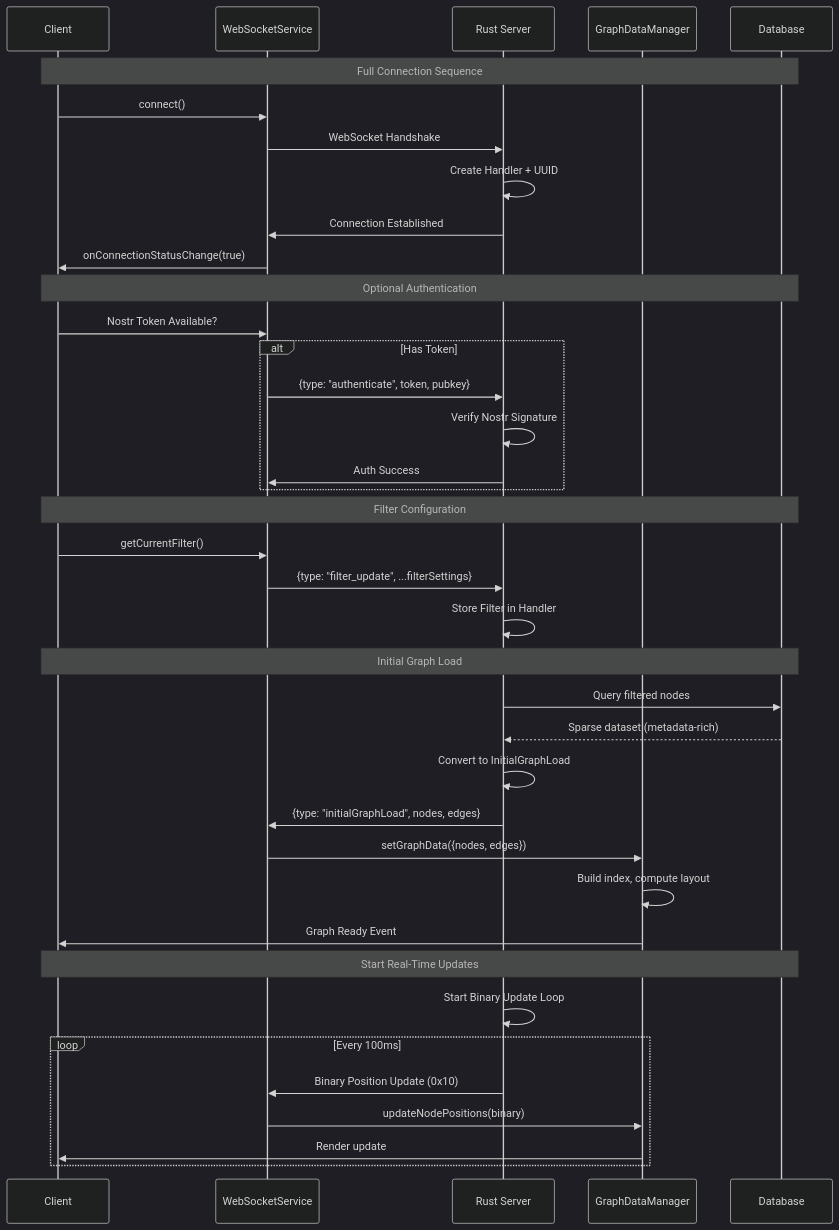
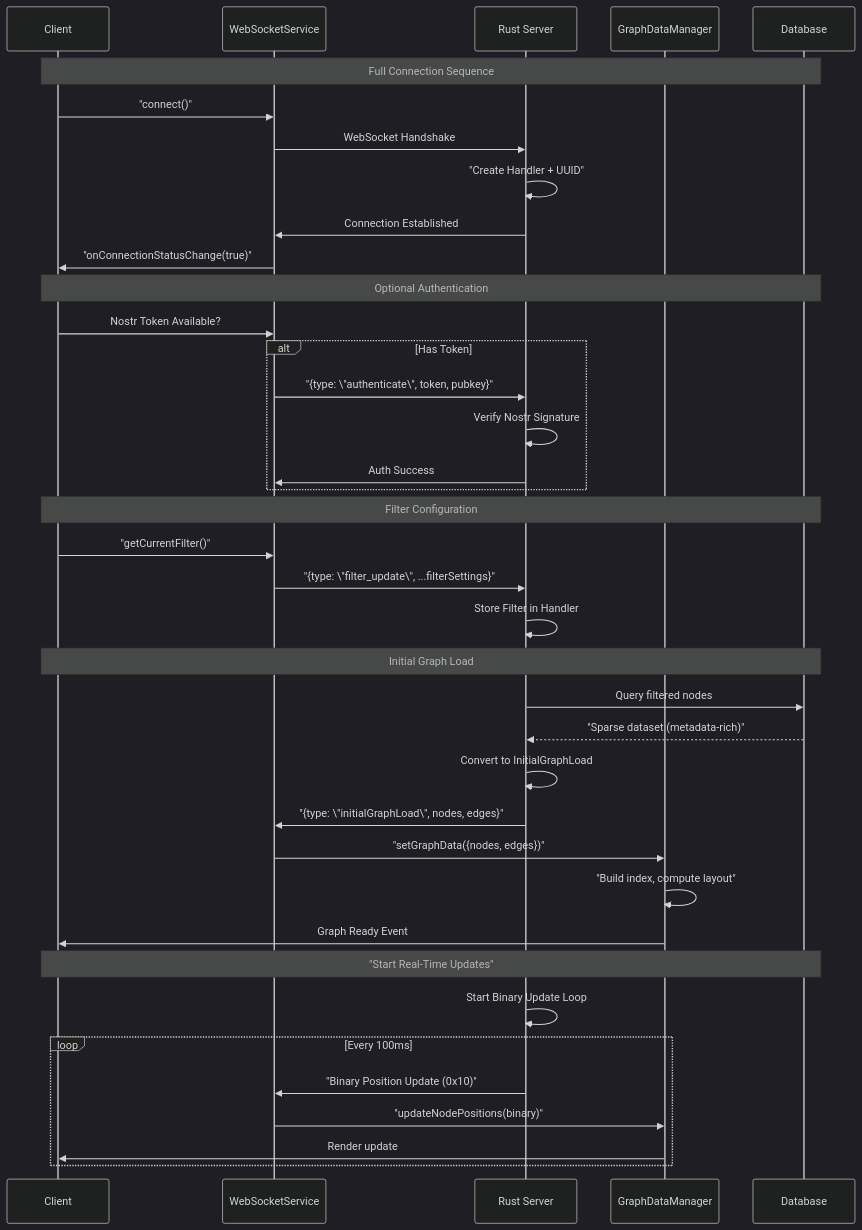
Diagram 12 of 19 in docs/diagrams/infrastructure/websocket/binary-protocol-complete.md (DreamLab-AI/VisionFlow), drawn with Mermaid (dark theme) before and after one commit. The commit also changed other lines of this file and 39 other files, not shown here.

````diff
--- a/docs/diagrams/infrastructure/websocket/binary-protocol-complete.md
+++ b/docs/diagrams/infrastructure/websocket/binary-protocol-complete.md
@@ -900,46 +900,46 @@
 ```mermaid
 sequenceDiagram
     participant C as Client
     participant WS as WebSocketService
     participant S as Rust Server
     participant G as GraphDataManager
     participant DB as Database
 
     Note over C,DB: Full Connection Sequence
 
-    C->>WS: connect()
+    C->>WS: "connect()"
     WS->>S: WebSocket Handshake
-    S->>S: Create Handler + UUID
+    S->>S: "Create Handler + UUID"
     S->>WS: Connection Established
-    WS->>C: onConnectionStatusChange(true)
+    WS->>C: "onConnectionStatusChange(true)"
 
     Note over C,DB: Optional Authentication
     C->>WS: Nostr Token Available?
     alt Has Token
-        WS->>S: {type: "authenticate", token, pubkey}
+        WS->>S: "{type: \"authenticate\", token, pubkey}"
         S->>S: Verify Nostr Signature
         S->>WS: Auth Success
     end
 
     Note over C,DB: Filter Configuration
-    C->>WS: getCurrentFilter()
-    WS->>S: {type: "filter_update", ...filterSettings}
+    C->>WS: "getCurrentFilter()"
+    WS->>S: "{type: \"filter_update\", ...filterSettings}"
     S->>S: Store Filter in Handler
 
     Note over C,DB: Initial Graph Load
     S->>DB: Query filtered nodes
-    DB-->>S: Sparse dataset (metadata-rich)
+    DB-->>S: "Sparse dataset (metadata-rich)"
     S->>S: Convert to InitialGraphLoad
-    S->>WS: {type: "initialGraphLoad", nodes, edges}
-    WS->>G: setGraphData({nodes, edges})
-    G->>G: Build index, compute layout
+    S->>WS: "{type: \"initialGraphLoad\", nodes, edges}"
+    WS->>G: "setGraphData({nodes, edges})"
+    G->>G: "Build index, compute layout"
     G->>C: Graph Ready Event
 
-    Note over C,DB: Start Real-Time Updates
+    Note over C,DB: "Start Real-Time Updates"
     S->>S: Start Binary Update Loop
     loop Every 100ms
-        S->>WS: Binary Position Update (0x10)
-        WS->>G: updateNodePositions(binary)
+        S->>WS: "Binary Position Update (0x10)"
+        WS->>G: "updateNodePositions(binary)"
         G->>C: Render update
     end
 ```
````
